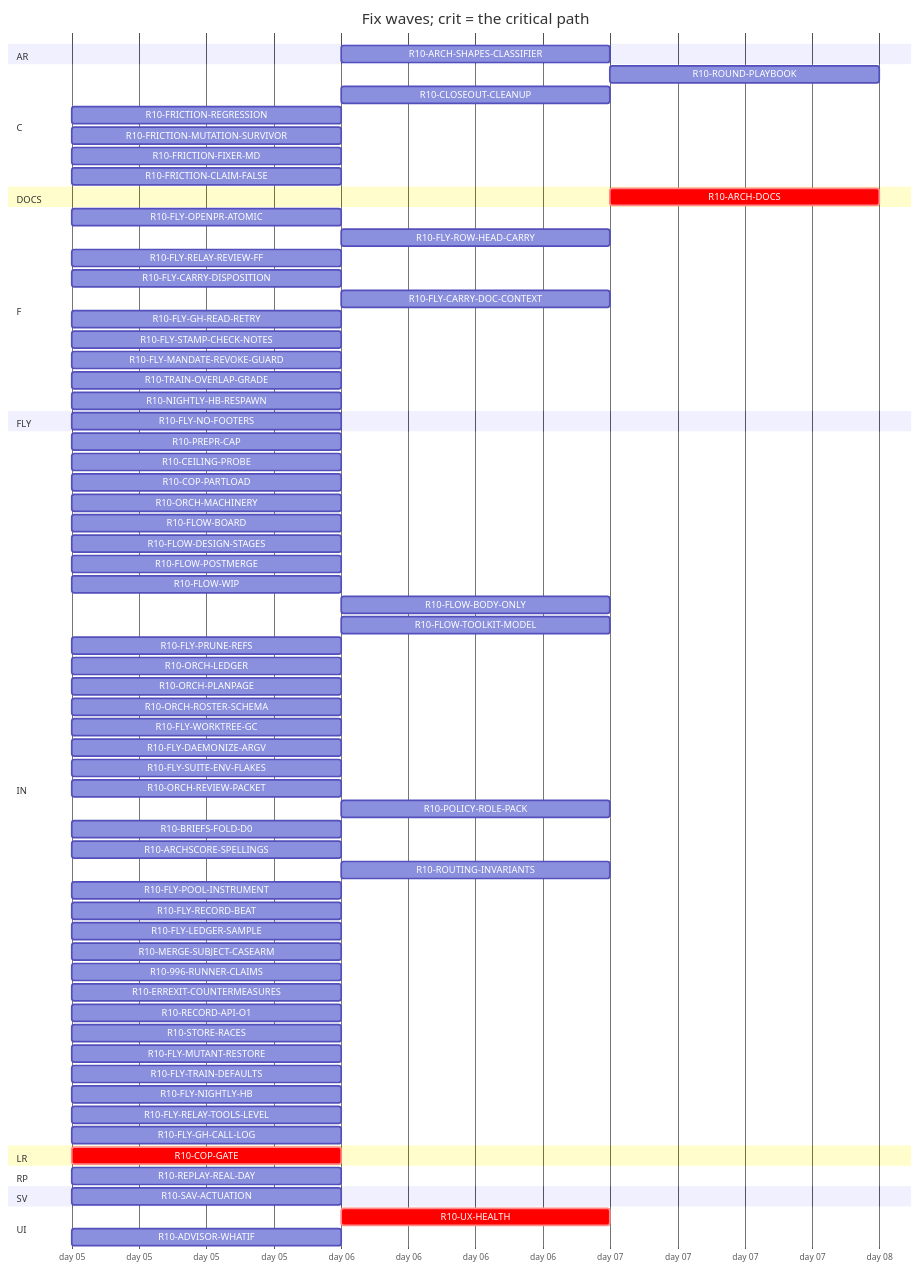
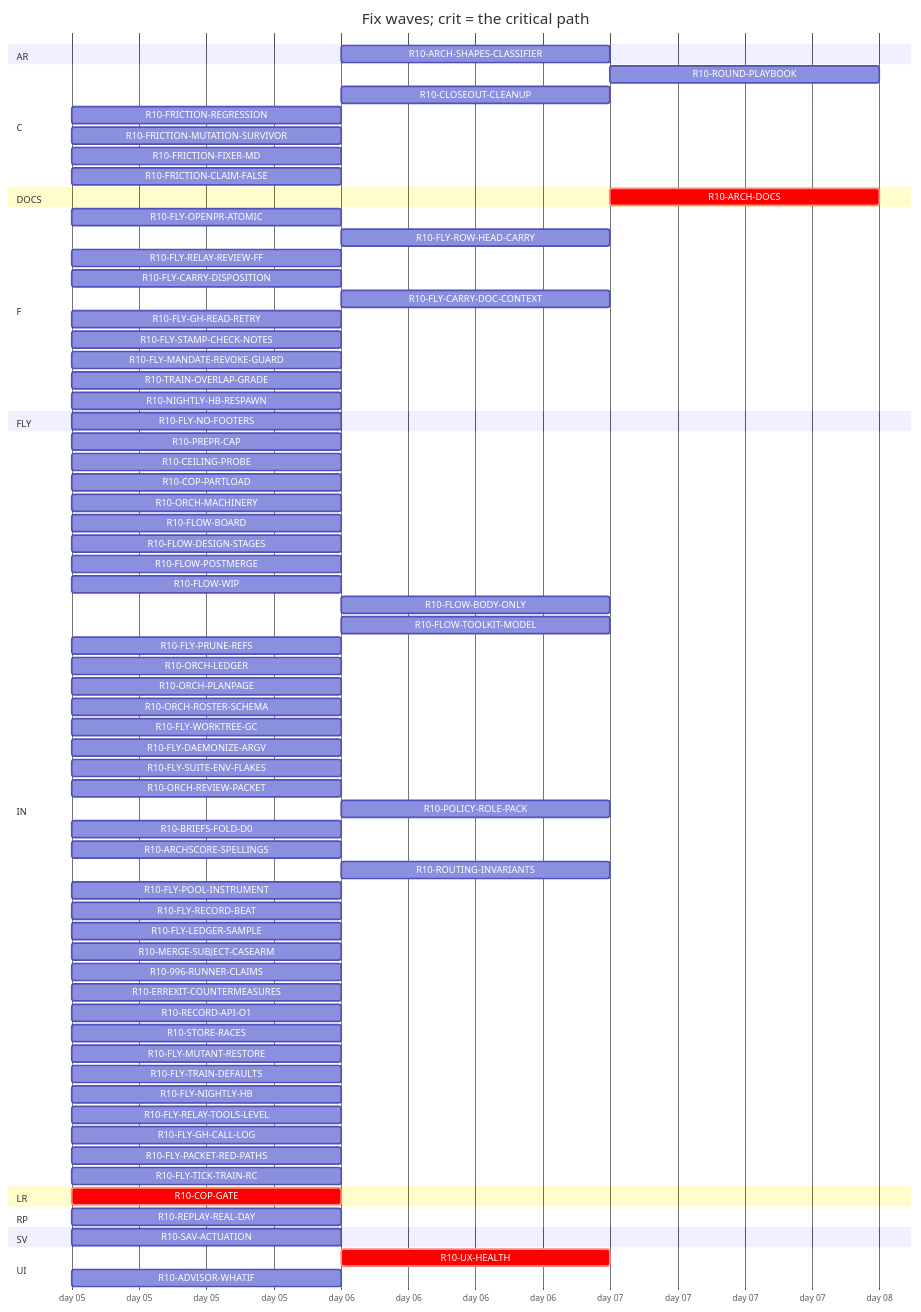
One commit to tvofi/heatpump_optimizer changed the diagram in handoff/round10/state/PLAN-TABLE.md. Above: the diagram before and after it, drawn with Mermaid. The commit also changed other lines of this file and 3 other files, not shown here.

Commit message:
state: FLOW-BOARD.md, NEXT-SESSION-PROMPT.md, PLAN-TABLE.md, RESUME-CURRENT.md regenerated (state_docs.py)

````diff
--- a/handoff/round10/state/PLAN-TABLE.md
+++ b/handoff/round10/state/PLAN-TABLE.md
@@ -23,75 +23,77 @@
 ```mermaid
 gantt
   title Fix waves; crit = the critical path
   dateFormat YYYY-MM-DD
   axisFormat day %d
   section AR
     R10-ARCH-SHAPES-CLASSIFIER :r10ARCHSHAPESCLASSIFIER, after r10996RUNNERCLAIMS, 1d
   section C
     R10-ROUND-PLAYBOOK :r10ROUNDPLAYBOOK, after r10ORCHLEDGER r10ORCHPLANPAGE r10FLYRELAYREVIEWFF r10FLOWBODYONLY, 1d
     R10-CLOSEOUT-CLEANUP :r10CLOSEOUTCLEANUP, after r10FLYPRUNEREFS r10FLYWORKTREEGC, 1d
     R10-FRICTION-REGRESSION :r10FRICTIONREGRESSION, 2026-01-05, 1d
     R10-FRICTION-MUTATION-SURVIVOR :r10FRICTIONMUTATIONSURVIVOR, 2026-01-05, 1d
     R10-FRICTION-FIXER-MD :r10FRICTIONFIXERMD, 2026-01-05, 1d
     R10-FRICTION-CLAIM-FALSE :r10FRICTIONCLAIMFALSE, 2026-01-05, 1d
   section DOCS
     R10-ARCH-DOCS :crit, r10ARCHDOCS, after r10COPGATE r10UXHEALTH r10CEILINGPROBE r10COPPARTLOAD r10FLOWBOARD r10FLOWDESIGNSTAGES r10FLOWPOSTMERGE r10FLOWWIP r10FLOWBODYONLY r10FLYOPENPRATOMIC r10FLYROWHEADCARRY r10FLYRELAYREVIEWFF r10FLYCARRYDISPOSITION r10FLYCARRYDOCCONTEXT r10FLOWTOOLKITMODEL r10FLYSTAMPCHECKNOTES r10FLYMANDATEREVOKEGUARD r10TRAINOVERLAPGRADE r10NIGHTLYHBRESPAWN r10FLYPRUNEREFS r10ORCHLEDGER r10ORCHPLANPAGE r10ORCHROSTERSCHEMA r10FLYWORKTREEGC r10FLYDAEMONIZEARGV r10ORCHREVIEWPACKET r10POLICYROLEPACK r10BRIEFSFOLDD0 r10REPLAYREALDAY r10ARCHSCORESPELLINGS r10SAVACTUATION r10FLYLEDGERSAMPLE, 1d
   section F
     R10-FLY-OPENPR-ATOMIC :r10FLYOPENPRATOMIC, 2026-01-05, 1d
     R10-FLY-ROW-HEAD-CARRY :r10FLYROWHEADCARRY, after r10FLYOPENPRATOMIC, 1d
     R10-FLY-RELAY-REVIEW-FF :r10FLYRELAYREVIEWFF, 2026-01-05, 1d
     R10-FLY-CARRY-DISPOSITION :r10FLYCARRYDISPOSITION, 2026-01-05, 1d
     R10-FLY-CARRY-DOC-CONTEXT :r10FLYCARRYDOCCONTEXT, after r10FLYGHREADRETRY, 1d
     R10-FLY-GH-READ-RETRY :r10FLYGHREADRETRY, 2026-01-05, 1d
     R10-FLY-STAMP-CHECK-NOTES :r10FLYSTAMPCHECKNOTES, 2026-01-05, 1d
     R10-FLY-MANDATE-REVOKE-GUARD :r10FLYMANDATEREVOKEGUARD, 2026-01-05, 1d
     R10-TRAIN-OVERLAP-GRADE :r10TRAINOVERLAPGRADE, 2026-01-05, 1d
     R10-NIGHTLY-HB-RESPAWN :r10NIGHTLYHBRESPAWN, 2026-01-05, 1d
   section FLY
     R10-FLY-NO-FOOTERS :r10FLYNOFOOTERS, 2026-01-05, 1d
   section IN
     R10-PREPR-CAP :r10PREPRCAP, 2026-01-05, 1d
     R10-CEILING-PROBE :r10CEILINGPROBE, 2026-01-05, 1d
     R10-COP-PARTLOAD :r10COPPARTLOAD, 2026-01-05, 1d
     R10-ORCH-MACHINERY :r10ORCHMACHINERY, 2026-01-05, 1d
     R10-FLOW-BOARD :r10FLOWBOARD, 2026-01-05, 1d
     R10-FLOW-DESIGN-STAGES :r10FLOWDESIGNSTAGES, 2026-01-05, 1d
     R10-FLOW-POSTMERGE :r10FLOWPOSTMERGE, 2026-01-05, 1d
     R10-FLOW-WIP :r10FLOWWIP, 2026-01-05, 1d
     R10-FLOW-BODY-ONLY :r10FLOWBODYONLY, after r10FLYOPENPRATOMIC, 1d
     R10-FLOW-TOOLKIT-MODEL :r10FLOWTOOLKITMODEL, after r10ORCHPLANPAGE, 1d
     R10-FLY-PRUNE-REFS :r10FLYPRUNEREFS, 2026-01-05, 1d
     R10-ORCH-LEDGER :r10ORCHLEDGER, 2026-01-05, 1d
     R10-ORCH-PLANPAGE :r10ORCHPLANPAGE, 2026-01-05, 1d
     R10-ORCH-ROSTER-SCHEMA :r10ORCHROSTERSCHEMA, 2026-01-05, 1d
     R10-FLY-WORKTREE-GC :r10FLYWORKTREEGC, 2026-01-05, 1d
     R10-FLY-DAEMONIZE-ARGV :r10FLYDAEMONIZEARGV, 2026-01-05, 1d
     R10-FLY-SUITE-ENV-FLAKES :r10FLYSUITEENVFLAKES, 2026-01-05, 1d
     R10-ORCH-REVIEW-PACKET :r10ORCHREVIEWPACKET, 2026-01-05, 1d
     R10-POLICY-ROLE-PACK :r10POLICYROLEPACK, after r10FLOWDESIGNSTAGES, 1d
     R10-BRIEFS-FOLD-D0 :r10BRIEFSFOLDD0, 2026-01-05, 1d
     R10-ARCHSCORE-SPELLINGS :r10ARCHSCORESPELLINGS, 2026-01-05, 1d
     R10-ROUTING-INVARIANTS :r10ROUTINGINVARIANTS, after r10ORCHROSTERSCHEMA, 1d
     R10-FLY-POOL-INSTRUMENT :r10FLYPOOLINSTRUMENT, 2026-01-05, 1d
     R10-FLY-RECORD-BEAT :r10FLYRECORDBEAT, 2026-01-05, 1d
     R10-FLY-LEDGER-SAMPLE :r10FLYLEDGERSAMPLE, 2026-01-05, 1d
     R10-MERGE-SUBJECT-CASEARM :r10MERGESUBJECTCASEARM, 2026-01-05, 1d
     R10-996-RUNNER-CLAIMS :r10996RUNNERCLAIMS, 2026-01-05, 1d
     R10-ERREXIT-COUNTERMEASURES :r10ERREXITCOUNTERMEASURES, 2026-01-05, 1d
     R10-RECORD-API-O1 :r10RECORDAPIO1, 2026-01-05, 1d
     R10-STORE-RACES :r10STORERACES, 2026-01-05, 1d
     R10-FLY-MUTANT-RESTORE :r10FLYMUTANTRESTORE, 2026-01-05, 1d
     R10-FLY-TRAIN-DEFAULTS :r10FLYTRAINDEFAULTS, 2026-01-05, 1d
     R10-FLY-NIGHTLY-HB :r10FLYNIGHTLYHB, 2026-01-05, 1d
     R10-FLY-RELAY-TOOLS-LEVEL :r10FLYRELAYTOOLSLEVEL, 2026-01-05, 1d
     R10-FLY-GH-CALL-LOG :r10FLYGHCALLLOG, 2026-01-05, 1d
+    R10-FLY-PACKET-RED-PATHS :r10FLYPACKETREDPATHS, 2026-01-05, 1d
+    R10-FLY-TICK-TRAIN-RC :r10FLYTICKTRAINRC, 2026-01-05, 1d
   section LR
     R10-COP-GATE :crit, r10COPGATE, 2026-01-05, 1d
   section RP
     R10-REPLAY-REAL-DAY :r10REPLAYREALDAY, 2026-01-05, 1d
   section SV
     R10-SAV-ACTUATION :r10SAVACTUATION, 2026-01-05, 1d
   section UI
     R10-UX-HEALTH :crit, r10UXHEALTH, after r10COPGATE, 1d
     R10-ADVISOR-WHATIF :r10ADVISORWHATIF, 2026-01-05, 1d
 ```
````
